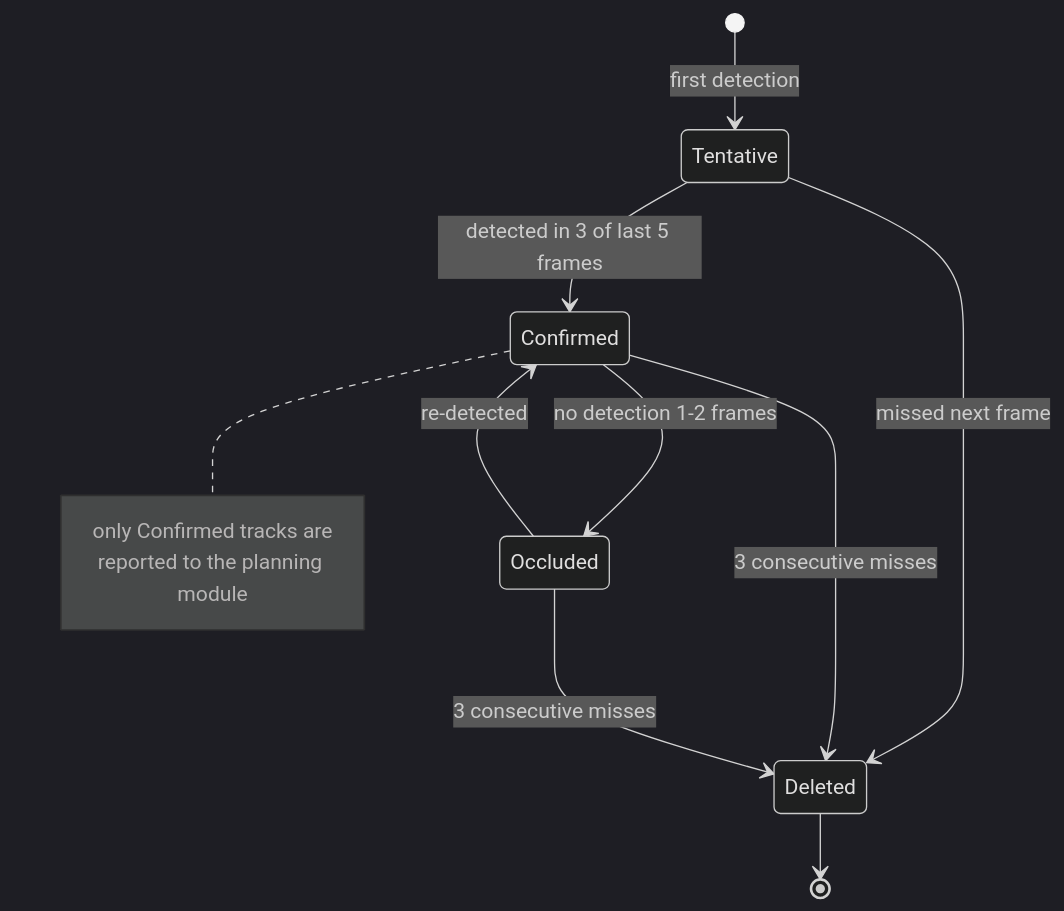
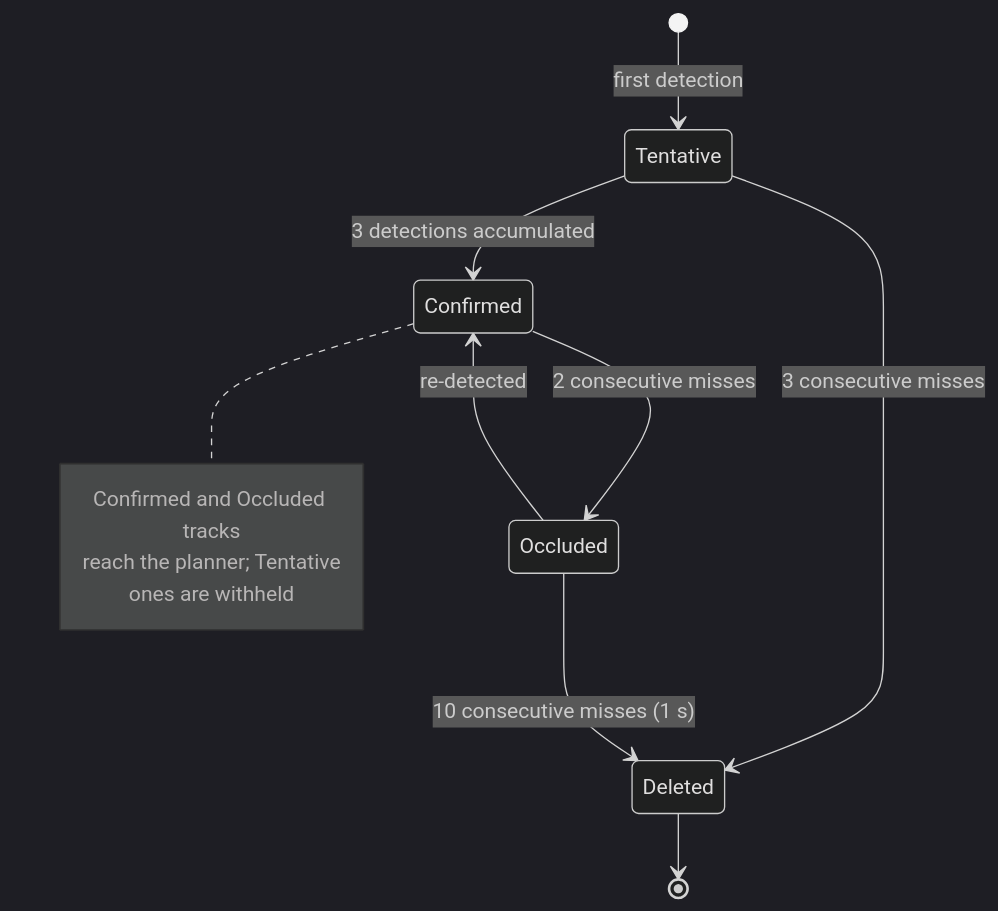
Before and after one commit to rppol/system-design: the second of 3 diagrams in src/main/java/com/rutik/systemdesign/ml/case_studies/design_autonomous_driving_perception.md, drawn with Mermaid (dark theme). The commit also changed other lines of this file and 114 other files, not shown here.

````diff
--- a/src/main/java/com/rutik/systemdesign/ml/case_studies/design_autonomous_driving_perception.md
+++ b/src/main/java/com/rutik/systemdesign/ml/case_studies/design_autonomous_driving_perception.md
@@ -146,15 +154,15 @@
 ```mermaid
 stateDiagram-v2
     [*] --> Tentative: first detection
-    Tentative --> Confirmed: detected in 3 of last 5 frames
-    Tentative --> Deleted: missed next frame
-    Confirmed --> Occluded: no detection 1-2 frames
+    Tentative --> Confirmed: 3 detections accumulated
+    Tentative --> Deleted: 3 consecutive misses
+    Confirmed --> Occluded: 2 consecutive misses
     Occluded --> Confirmed: re-detected
-    Confirmed --> Deleted: 3 consecutive misses
-    Occluded --> Deleted: 3 consecutive misses
+    Occluded --> Deleted: 10 consecutive misses (1 s)
     Deleted --> [*]
     note right of Confirmed
-        only Confirmed tracks are
-        reported to the planning module
+        Confirmed and Occluded tracks
+        reach the planner; Tentative
+        ones are withheld
     end note
 ```
````
